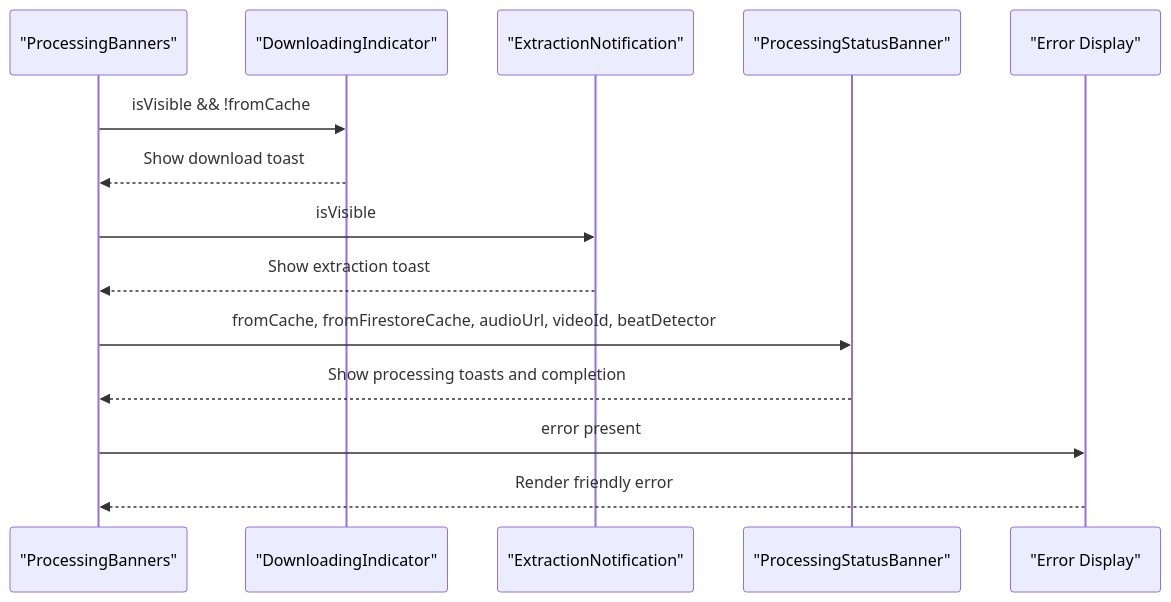
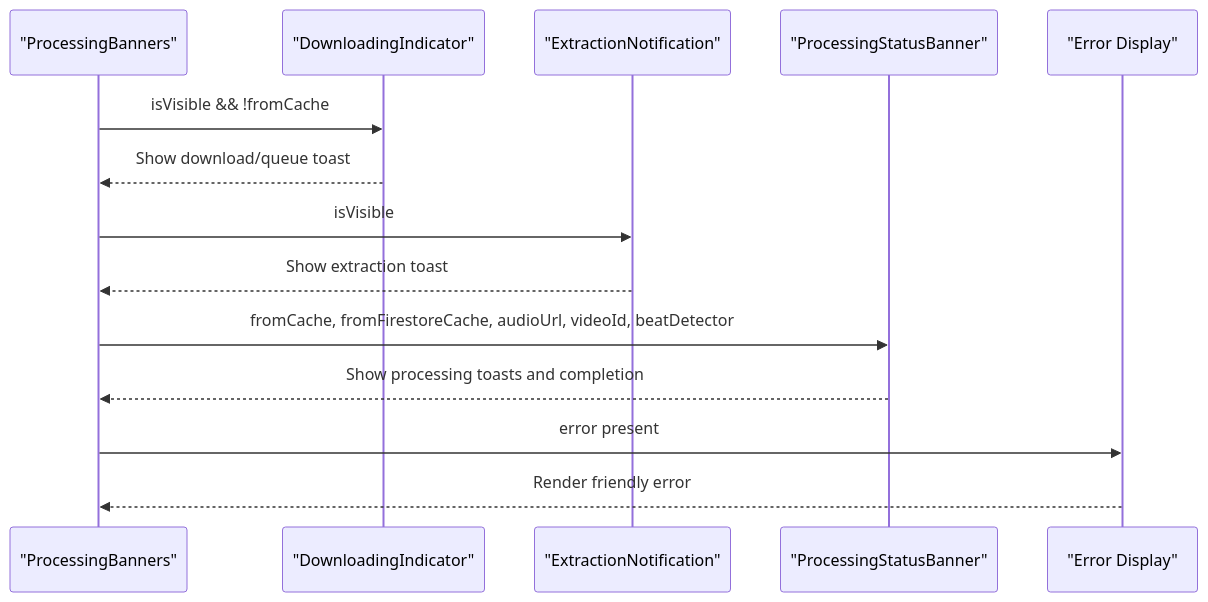
The seventh of 12 diagrams in .qoder/repowiki/en/content/Frontend Application/Component Library and UI System/Analysis Interface Components.md (ptnghia-j/ChordMiniApp), drawn with Mermaid before and after one commit. The commit also changed other lines of this file and 32 other files, not shown here.

````diff
--- a/.qoder/repowiki/en/content/Frontend Application/Component Library and UI System/Analysis Interface Components.md
+++ b/.qoder/repowiki/en/content/Frontend Application/Component Library and UI System/Analysis Interface Components.md
@@ -341,16 +352,16 @@
 ```mermaid
 sequenceDiagram
 participant PB as "ProcessingBanners"
 participant DI as "DownloadingIndicator"
 participant EN as "ExtractionNotification"
 participant PSB as "ProcessingStatusBanner"
 participant Error as "Error Display"
 PB->>DI : isVisible && !fromCache
-DI-->>PB : Show download toast
+DI-->>PB : Show download/queue toast
 PB->>EN : isVisible
 EN-->>PB : Show extraction toast
 PB->>PSB : fromCache, fromFirestoreCache, audioUrl, videoId, beatDetector
 PSB-->>PB : Show processing toasts and completion
 PB->>Error : error present
 Error-->>PB : Render friendly error
 ```
````
